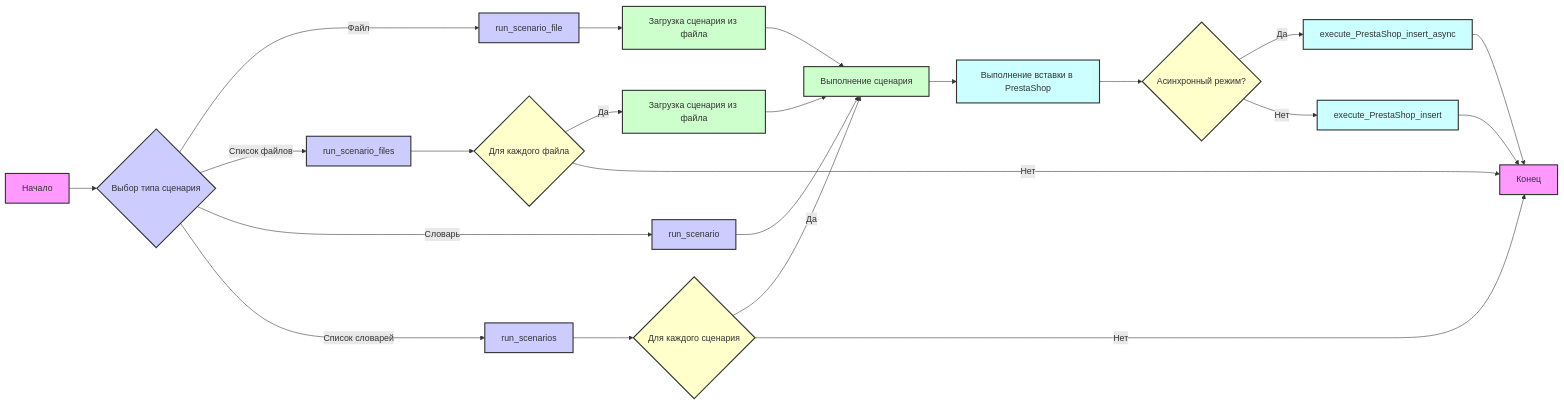
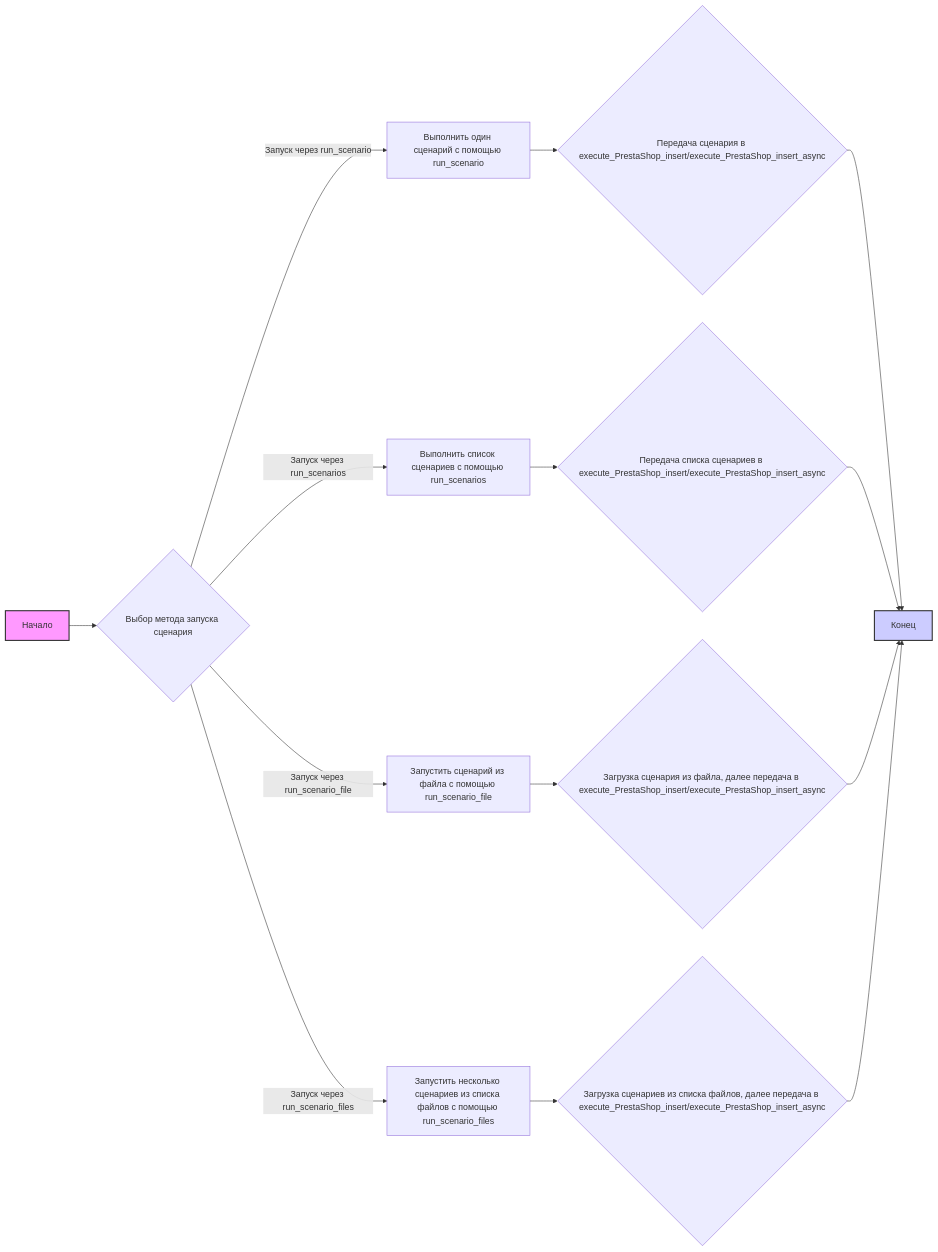
Before and after one commit to hypo69/hypo: the first of 2 diagrams in docs/gemini/ru/explainer/src/scenario/__init__.py.md, drawn with Mermaid. The commit also changed other lines of this file and 3338 other files, not shown here.

````diff
--- a/docs/gemini/ru/explainer/src/scenario/__init__.py.md
+++ b/docs/gemini/ru/explainer/src/scenario/__init__.py.md
@@ -9,41 +7,20 @@
 ```mermaid
 graph LR
-    A[Начало] --> B{Выбор типа сценария};
-    B -- Файл --> C[run_scenario_file];
-    B -- Список файлов --> D[run_scenario_files];
-    B -- Словарь --> E[run_scenario];
-    B -- Список словарей --> F[run_scenarios];
-    C --> G[Загрузка сценария из файла];
-    G --> H[Выполнение сценария];
-    D --> I{Для каждого файла};
-    I -- Да --> J[Загрузка сценария из файла];
-    J --> H;
-    I -- Нет --> K[Конец];
-    E --> H;
-    F --> L{Для каждого сценария};
-    L -- Да --> H;
-    L -- Нет --> K;
-    H --> M[Выполнение вставки в PrestaShop];
-    M --> N{Асинхронный режим?};
-    N -- Да --> O[execute_PrestaShop_insert_async];
-    N -- Нет --> P[execute_PrestaShop_insert];
-    O --> K;
-    P --> K;
+    A[Начало] --> B{Выбор метода запуска сценария};
+    B -- Запуск через run_scenario --> C[Выполнить один сценарий с помощью run_scenario];
+    B -- Запуск через run_scenarios --> D[Выполнить список сценариев с помощью run_scenarios];
+    B -- Запуск через run_scenario_file --> E[Запустить сценарий из файла с помощью run_scenario_file];
+     B -- Запуск через run_scenario_files --> F[Запустить несколько сценариев из списка файлов с помощью run_scenario_files];
 
+    C --> G{Передача сценария в execute_PrestaShop_insert/execute_PrestaShop_insert_async};
+    D --> H{Передача списка сценариев в execute_PrestaShop_insert/execute_PrestaShop_insert_async};
+    E --> I{Загрузка сценария из файла, далее передача в execute_PrestaShop_insert/execute_PrestaShop_insert_async};
+    F --> J{Загрузка сценариев из списка файлов, далее передача в execute_PrestaShop_insert/execute_PrestaShop_insert_async};
+   G --> K[Конец];
+   H --> K;
+   I --> K;
+   J --> K;
+   
     style A fill:#f9f,stroke:#333,stroke-width:2px
-    style K fill:#f9f,stroke:#333,stroke-width:2px
-    style B fill:#ccf,stroke:#333,stroke-width:2px
-    style C fill:#ccf,stroke:#333,stroke-width:2px
-    style D fill:#ccf,stroke:#333,stroke-width:2px
-    style E fill:#ccf,stroke:#333,stroke-width:2px
-    style F fill:#ccf,stroke:#333,stroke-width:2px
-    style G fill:#cfc,stroke:#333,stroke-width:2px
-    style H fill:#cfc,stroke:#333,stroke-width:2px
-    style I fill:#ffc,stroke:#333,stroke-width:2px
-    style J fill:#cfc,stroke:#333,stroke-width:2px
-    style L fill:#ffc,stroke:#333,stroke-width:2px
-    style M fill:#cff,stroke:#333,stroke-width:2px
-    style N fill:#ffc,stroke:#333,stroke-width:2px
-    style O fill:#cff,stroke:#333,stroke-width:2px
-    style P fill:#cff,stroke:#333,stroke-width:2px
+    style K fill:#ccf,stroke:#333,stroke-width:2px
 ```
````
